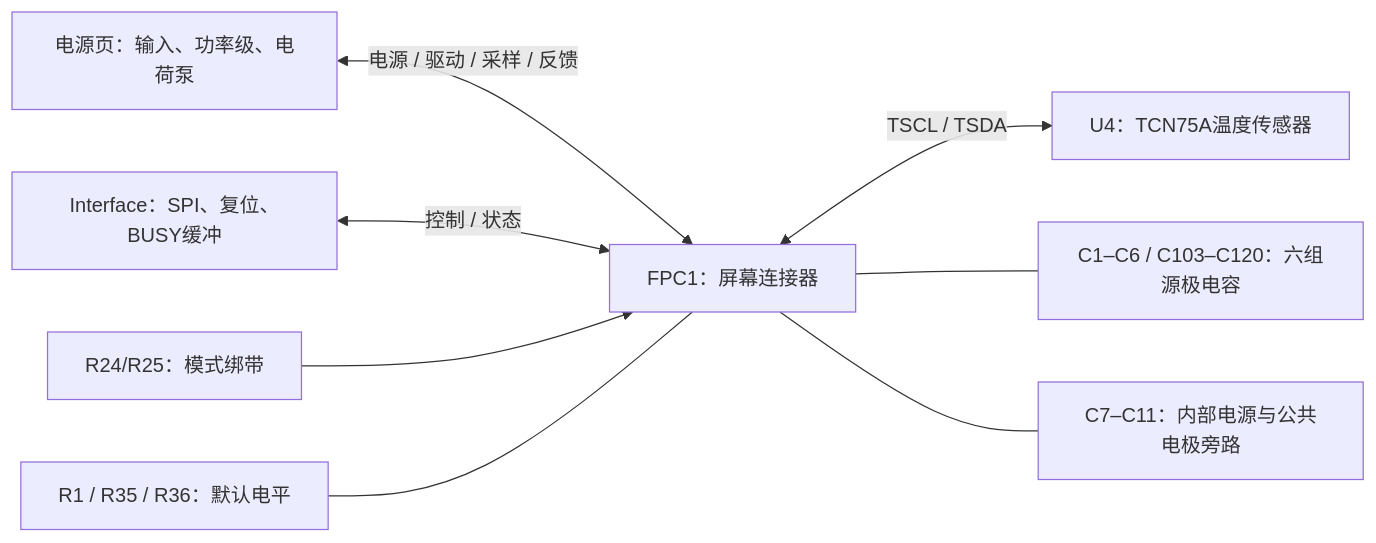
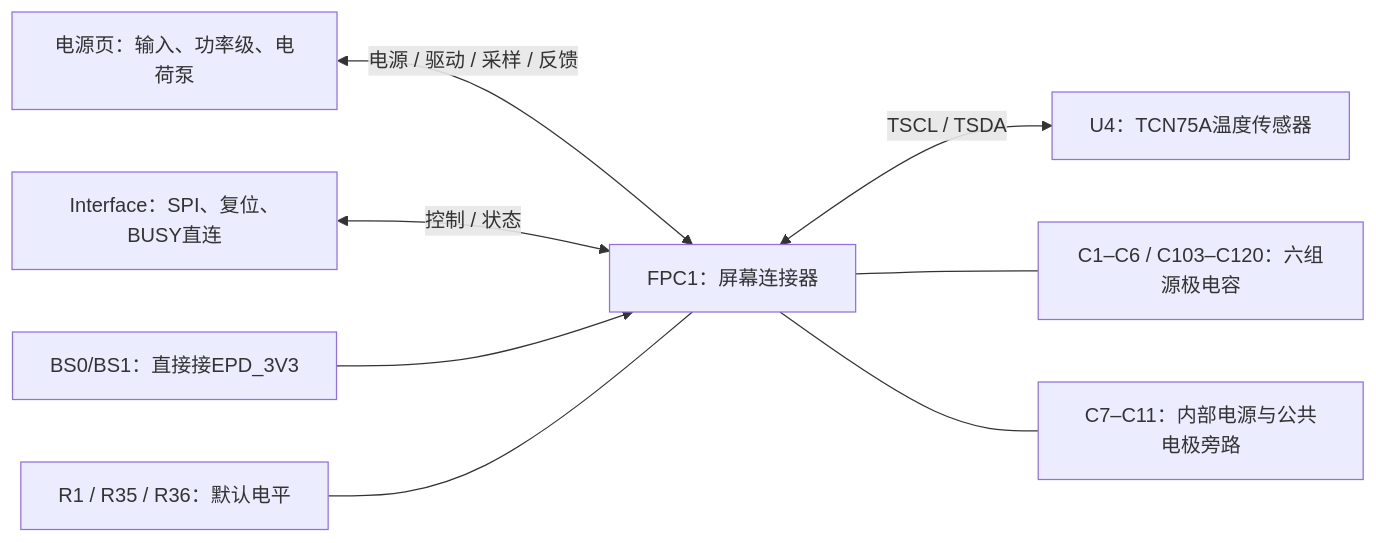
Before and after one commit to Rhys-Q/album: the diagram in hardware/pcb/gdep133c02-driver/docs/panel-circuit-explained.md, drawn with Mermaid. The commit also changed other lines of this file and 204 other files, not shown here.

````diff
--- a/hardware/pcb/gdep133c02-driver/docs/panel-circuit-explained.md
+++ b/hardware/pcb/gdep133c02-driver/docs/panel-circuit-explained.md
@@ -17,10 +17,10 @@
 ```mermaid
 flowchart LR
  P["电源页：输入、功率级、电荷泵"] <-->|"电源 / 驱动 / 采样 / 反馈"| F["FPC1：屏幕连接器"]
- I["Interface：SPI、复位、BUSY缓冲"] <-->|"控制 / 状态"| F
+ I["Interface：SPI、复位、BUSY直连"] <-->|"控制 / 状态"| F
  F <-->|"TSCL / TSDA"| T["U4：TCN75A温度传感器"]
  F --- B["C1–C6 / C103–C120：六组源极电容"]
  F --- C["C7–C11：内部电源与公共电极旁路"]
- M["R24/R25：模式绑带"] --> F
+ M["BS0/BS1：直接接EPD_3V3"] --> F
  D["R1 / R35 / R36：默认电平"] --- F
 ```
````
